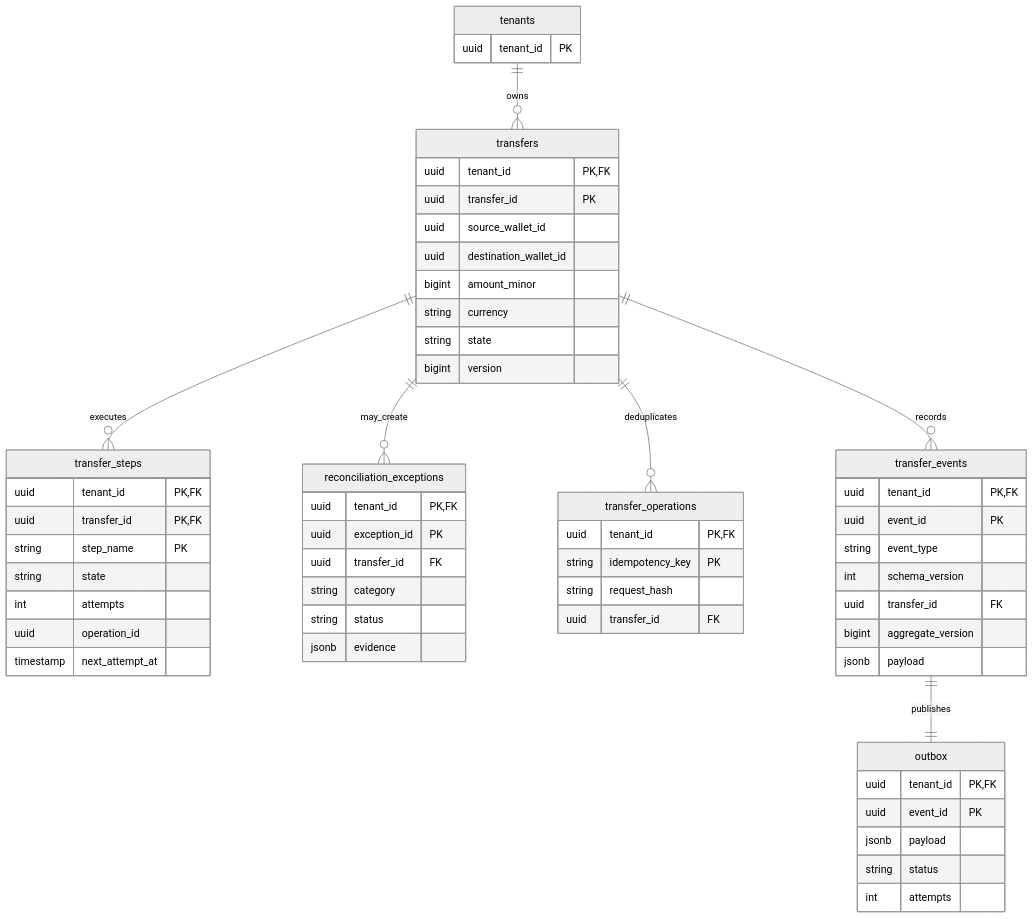
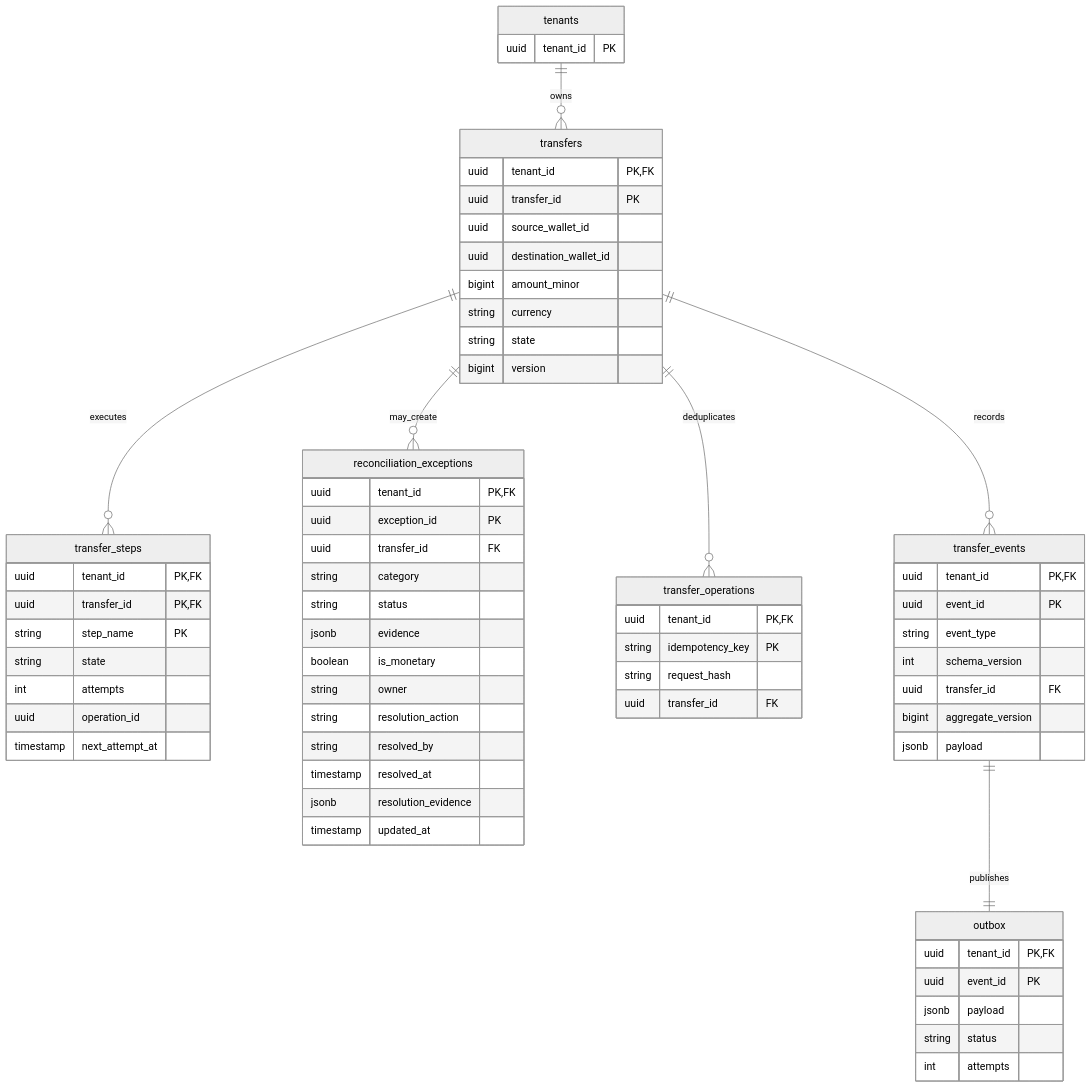
The third of 4 diagrams in docs/data-model.md (prajexec/Wallet), drawn with Mermaid (neutral theme) before and after one commit. The commit also changed 27 other files, not shown here.

````diff
--- a/docs/data-model.md
+++ b/docs/data-model.md
@@ -118,62 +118,69 @@
 ```mermaid
 erDiagram
     tenants ||--o{ transfers : owns
     transfers ||--o{ transfer_steps : executes
     transfers ||--o{ reconciliation_exceptions : may_create
     transfers ||--o{ transfer_operations : deduplicates
     transfers ||--o{ transfer_events : records
     transfer_events ||--|| outbox : publishes
 
     tenants {
         uuid tenant_id PK
     }
     transfers {
         uuid tenant_id PK,FK
         uuid transfer_id PK
         uuid source_wallet_id
         uuid destination_wallet_id
         bigint amount_minor
         string currency
         string state
         bigint version
     }
     transfer_steps {
         uuid tenant_id PK,FK
         uuid transfer_id PK,FK
         string step_name PK
         string state
         int attempts
         uuid operation_id
         timestamp next_attempt_at
     }
     transfer_operations {
         uuid tenant_id PK,FK
         string idempotency_key PK
         string request_hash
         uuid transfer_id FK
     }
     transfer_events {
         uuid tenant_id PK,FK
         uuid event_id PK
         string event_type
         int schema_version
         uuid transfer_id FK
         bigint aggregate_version
         jsonb payload
     }
     outbox {
         uuid tenant_id PK,FK
         uuid event_id PK
         jsonb payload
         string status
         int attempts
     }
     reconciliation_exceptions {
         uuid tenant_id PK,FK
         uuid exception_id PK
         uuid transfer_id FK
         string category
         string status
         jsonb evidence
+        boolean is_monetary
+        string owner
+        string resolution_action
+        string resolved_by
+        timestamp resolved_at
+        jsonb resolution_evidence
+        timestamp updated_at
     }
 ```
````
